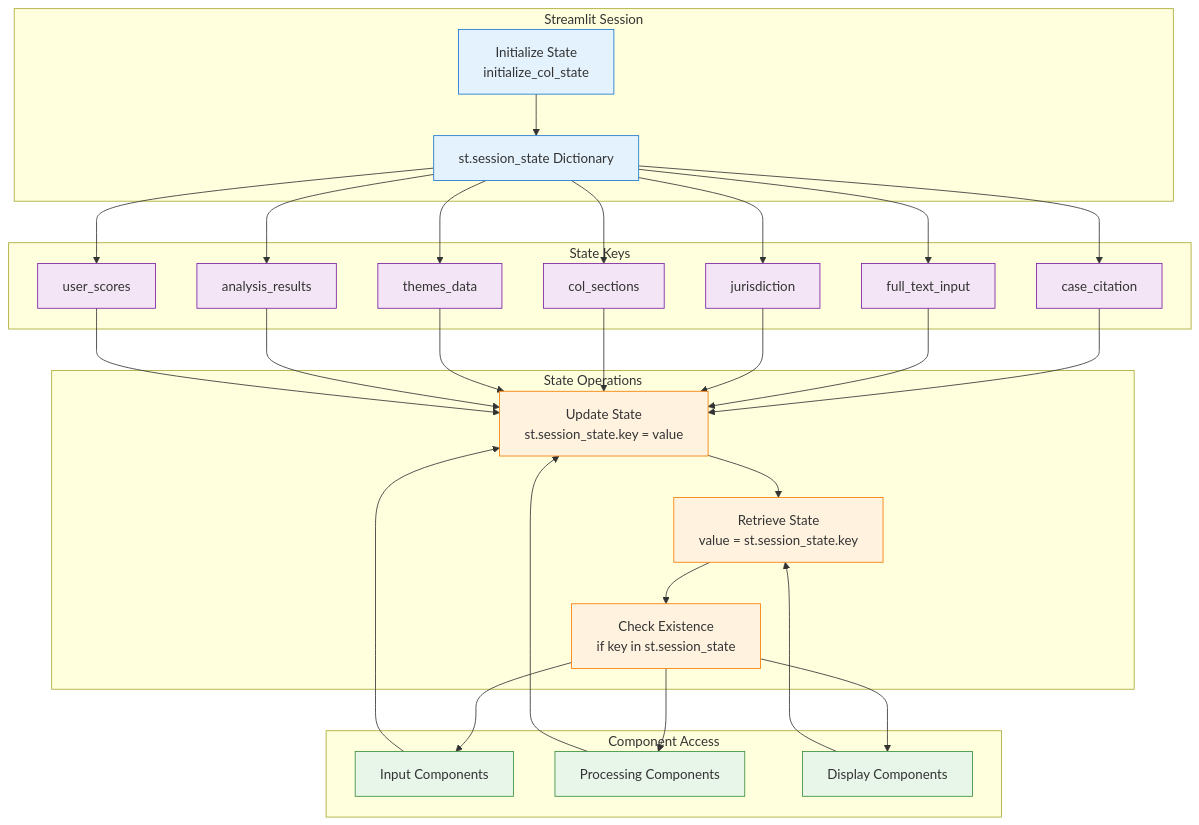
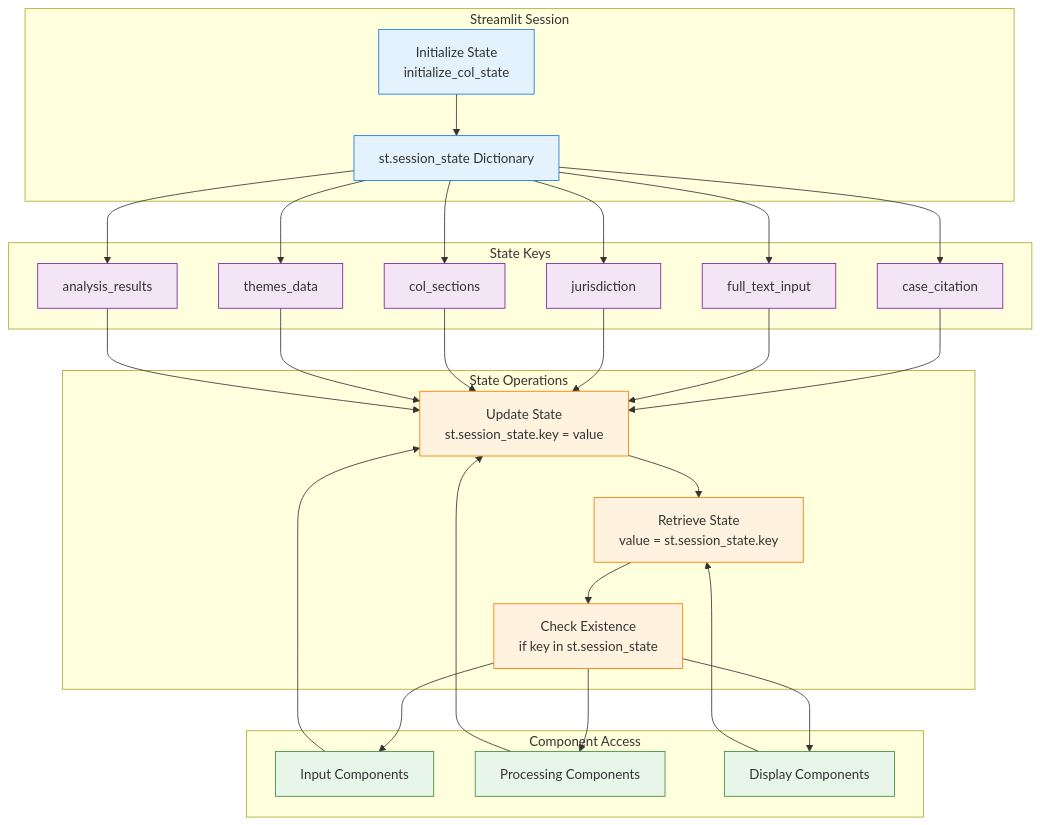
The fifth of 7 diagrams in docs/ARCHITECTURE.md (Choice-of-Law-Dataverse/cold-case-analysis), drawn with Mermaid before and after one commit. The commit also changed other lines of this file and 8 other files, not shown here.

````diff
--- a/docs/ARCHITECTURE.md
+++ b/docs/ARCHITECTURE.md
@@ -524,67 +519,64 @@
 ```mermaid
 flowchart TD
     subgraph "Streamlit Session"
         InitState[Initialize State<br/>initialize_col_state]
         SessionDict[st.session_state Dictionary]
     end
     
     subgraph "State Keys"
         CaseCit[case_citation]
         FullText[full_text_input]
         Juris[jurisdiction]
         COLData[col_sections]
         Themes[themes_data]
         AnalysisData[analysis_results]
-        Scores[user_scores]
     end
-    
+
     subgraph "State Operations"
         Update[Update State<br/>st.session_state.key = value]
         Retrieve[Retrieve State<br/>value = st.session_state.key]
         Check[Check Existence<br/>if key in st.session_state]
     end
-    
+
     subgraph "Component Access"
         InputComp[Input Components]
         ProcComp[Processing Components]
         DispComp[Display Components]
     end
-    
+
     InitState --> SessionDict
     SessionDict --> CaseCit
     SessionDict --> FullText
     SessionDict --> Juris
     SessionDict --> COLData
     SessionDict --> Themes
     SessionDict --> AnalysisData
-    SessionDict --> Scores
-    
+
     CaseCit --> Update
     FullText --> Update
     Juris --> Update
     COLData --> Update
     Themes --> Update
     AnalysisData --> Update
-    Scores --> Update
-    
+
     Update --> Retrieve
     Retrieve --> Check
-    
+
     Check --> InputComp
     Check --> ProcComp
     Check --> DispComp
-    
+
     InputComp --> Update
     ProcComp --> Update
     DispComp --> Retrieve
-    
+
     classDef session fill:#e3f2fd,stroke:#1976d2
     classDef keys fill:#f3e5f5,stroke:#7b1fa2
     classDef ops fill:#fff3e0,stroke:#f57c00
     classDef comp fill:#e8f5e9,stroke:#388e3c
-    
+
     class InitState,SessionDict session
-    class CaseCit,FullText,Juris,COLData,Themes,AnalysisData,Scores keys
+    class CaseCit,FullText,Juris,COLData,Themes,AnalysisData keys
     class Update,Retrieve,Check ops
     class InputComp,ProcComp,DispComp comp
 ```
````
